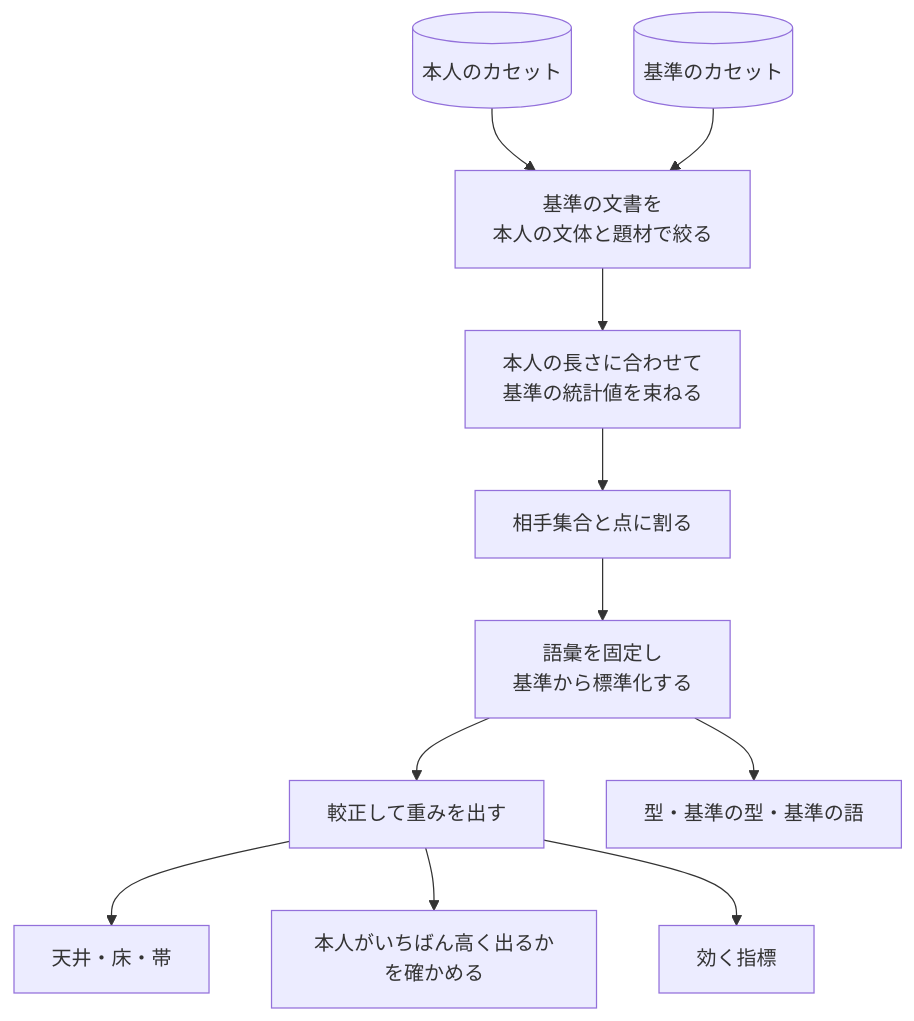
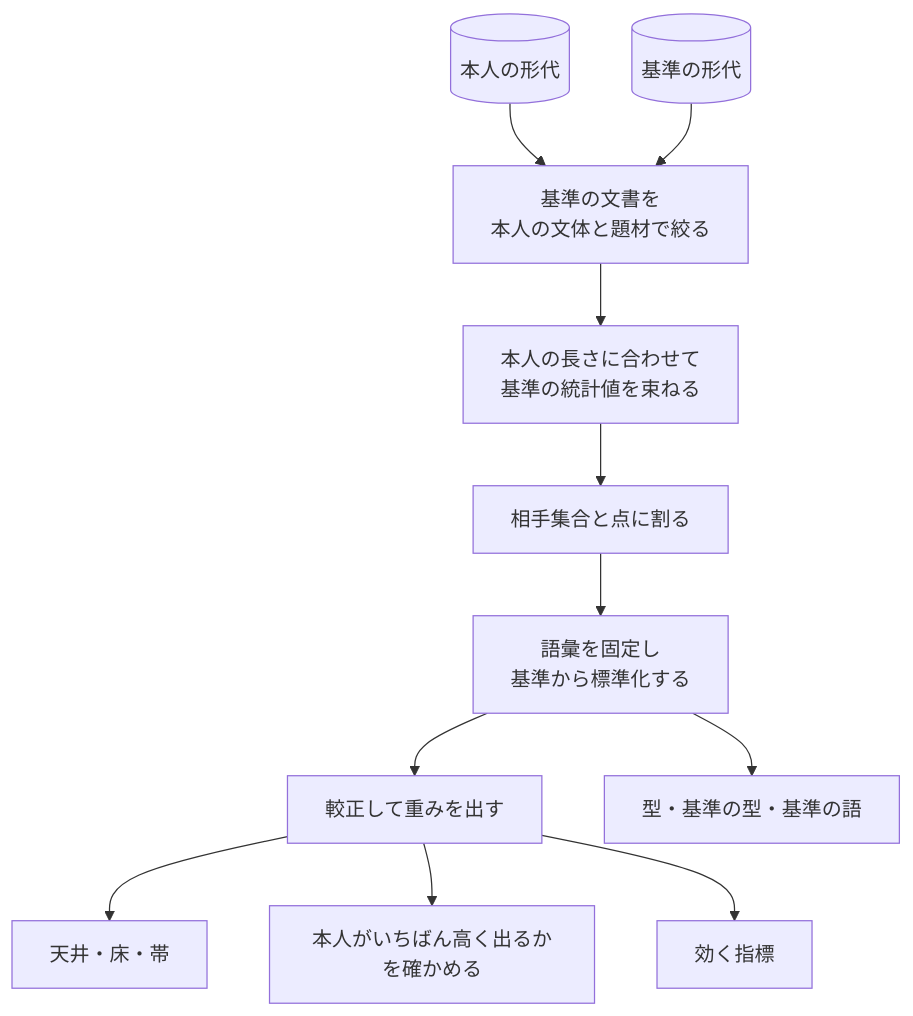
One commit to lambdalisue/kuchiyose changed the diagram in docs/spec/200-extract.md. Above: the diagram before and after it, drawn with Mermaid. The commit also changed other lines of this file and 207 other files, not shown here.

````diff
--- a/docs/spec/200-extract.md
+++ b/docs/spec/200-extract.md
@@ -428,13 +429,13 @@
 ```mermaid
 flowchart TB
-  T[(本人のカセット)] --> SEL
-  B[(基準のカセット)] --> SEL[基準の文書を<br/>本人の文体と題材で絞る]
+  T[(本人の形代)] --> SEL
+  B[(基準の形代)] --> SEL[基準の文書を<br/>本人の文体と題材で絞る]
   SEL --> BUN[本人の長さに合わせて<br/>基準の統計値を束ねる]
   BUN --> SPLIT[相手集合と点に割る]
   SPLIT --> VOC[語彙を固定し<br/>基準から標準化する]
   VOC --> CAL[較正して重みを出す]
   CAL --> BAND[天井・床・帯]
   CAL --> SELF[本人がいちばん高く出るかを確かめる]
   CAL --> EFF[効く指標]
   VOC --> KATA[型・基準の型・基準の語]
 ```
````
